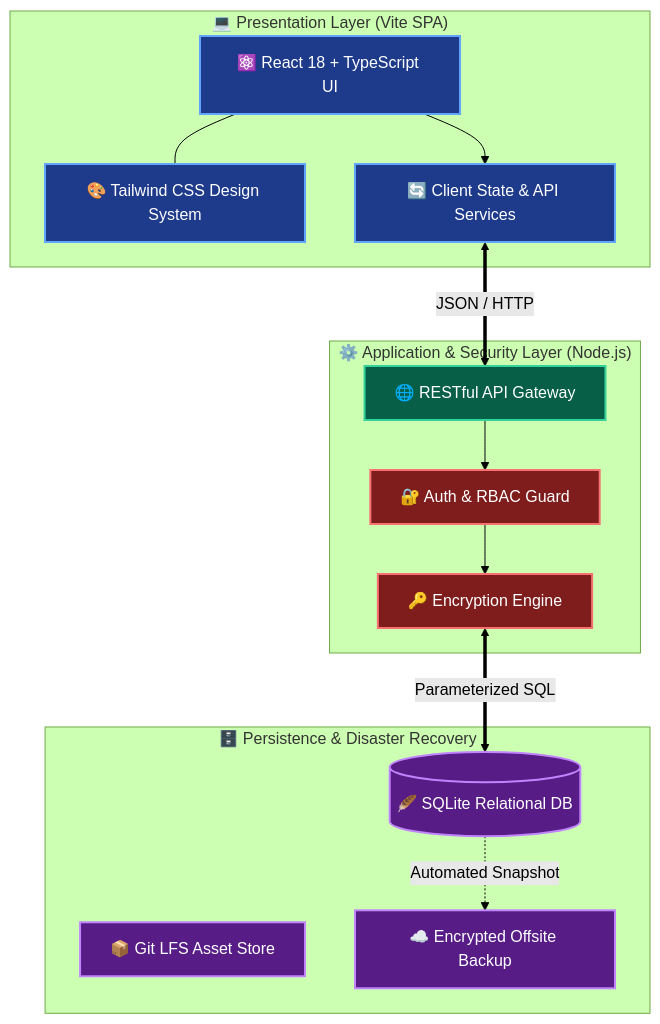
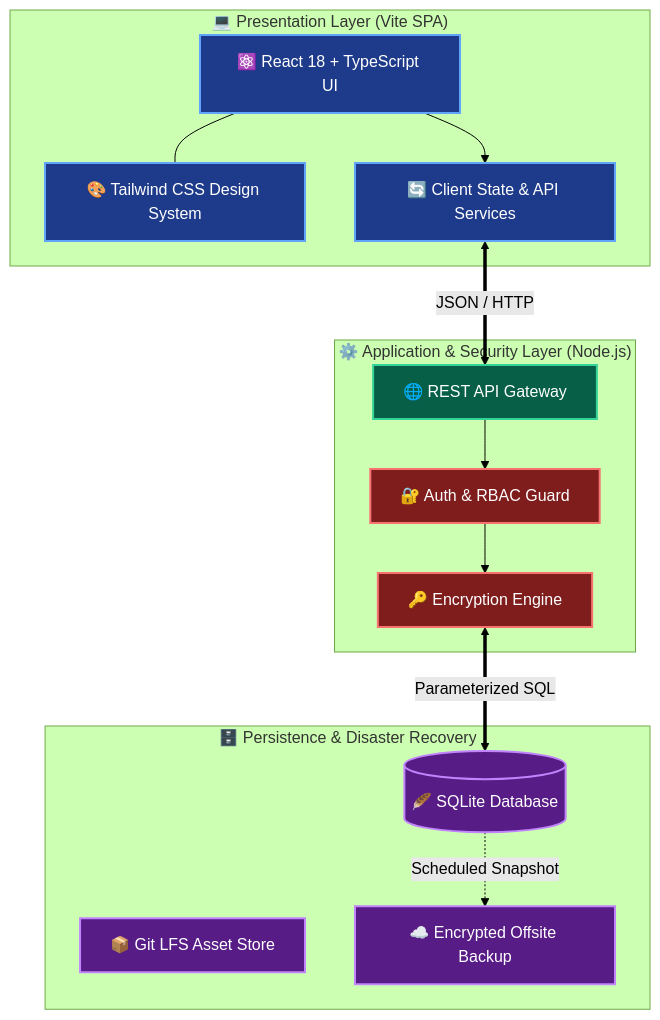
One commit to Adamnazeri/campusos changed the first of 2 diagrams in README.md. Above: the diagram before and after it, drawn with Mermaid (forest theme). The commit also changed other lines of this file, not shown here.

````diff
--- a/README.md
+++ b/README.md
@@ -75,32 +88,33 @@
 ```mermaid
 flowchart TB
     classDef client fill:#1e3a8a,stroke:#60a5fa,stroke-width:2px,color:#ffffff
     classDef api fill:#065f46,stroke:#34d399,stroke-width:2px,color:#ffffff
     classDef db fill:#581c87,stroke:#c084fc,stroke-width:2px,color:#ffffff
     classDef sec fill:#7f1d1d,stroke:#f87171,stroke-width:2px,color:#ffffff
 
     subgraph ClientLayer ["💻 Presentation Layer (Vite SPA)"]
         UI["⚛️ React 18 + TypeScript UI"]:::client
         TW["🎨 Tailwind CSS Design System"]:::client
         STATE["🔄 Client State & API Services"]:::client
-        UI --- TW
-        UI --> STATE
     end
 
     subgraph ServerLayer ["⚙️ Application & Security Layer (Node.js)"]
-        GATEWAY["🌐 RESTful API Gateway"]:::api
+        GATEWAY["🌐 REST API Gateway"]:::api
         AUTH["🔐 Auth & RBAC Guard"]:::sec
         CRYPTO["🔑 Encryption Engine"]:::sec
-        STATE <==>|"JSON / HTTP"| GATEWAY
-        GATEWAY --> AUTH
-        AUTH --> CRYPTO
     end
 
     subgraph DataLayer ["🗄️ Persistence & Disaster Recovery"]
-        SQLITE[("🪶 SQLite Relational DB")]:::db
+        SQLITE[("🪶 SQLite Database")]:::db
         LFS["📦 Git LFS Asset Store"]:::db
         BACKUP["☁️ Encrypted Offsite Backup"]:::db
-        CRYPTO <==>|"Parameterized SQL"| SQLITE
-        SQLITE -.->|"Automated Snapshot"| BACKUP
     end
+
+    UI --- TW
+    UI --> STATE
+    STATE <==>|"JSON / HTTP"| GATEWAY
+    GATEWAY --> AUTH
+    AUTH --> CRYPTO
+    CRYPTO <==>|"Parameterized SQL"| SQLITE
+    SQLITE -.->|"Scheduled Snapshot"| BACKUP
 ```
````
